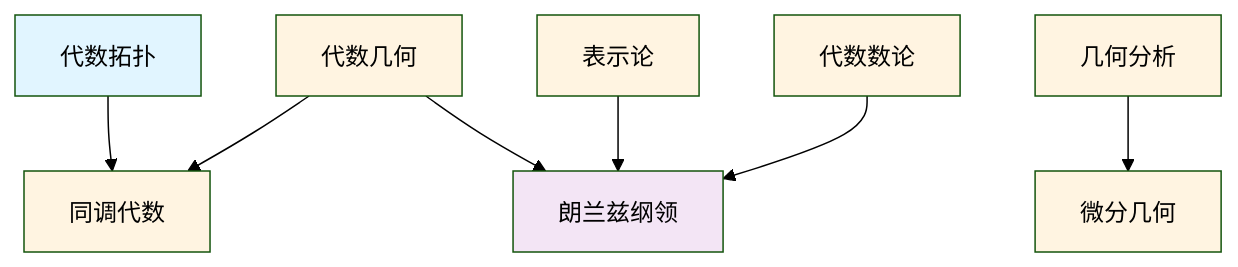
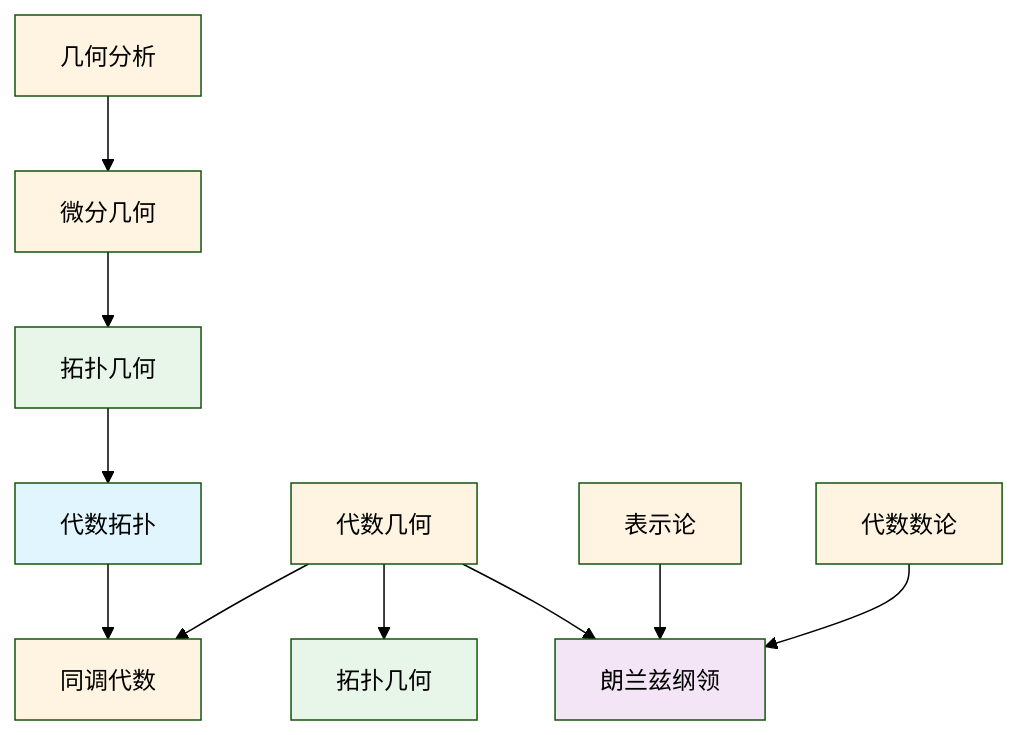
The diagram in concept/03-主题概念梳理/07-交叉领域概念.md (AdaMartin18010/FormalMath), drawn with Mermaid (forest theme) before and after one commit. The commit also changed other lines of this file and 44 other files, not shown here.

````diff
--- a/concept/03-主题概念梳理/07-交叉领域概念.md
+++ b/concept/03-主题概念梳理/07-交叉领域概念.md
@@ -154,18 +427,23 @@
 ```mermaid
 graph TD
     A[代数拓扑] --> B[同调代数]
     C[代数几何] --> B
     D[几何分析] --> E[微分几何]
-    F[表示论] --> G[朗兰兹纲领]
-    C --> G
-    H[代数数论] --> G
+    E --> F[拓扑几何]
+    F --> A
+    C --> G[拓扑几何]
+    H[表示论] --> I[朗兰兹纲领]
+    C --> I
+    J[代数数论] --> I
 
     style A fill:#e1f5ff
     style B fill:#fff4e1
     style C fill:#fff4e1
     style D fill:#fff4e1
     style E fill:#fff4e1
-    style F fill:#fff4e1
-    style G fill:#f3e5f5
+    style F fill:#e8f5e9
+    style G fill:#e8f5e9
     style H fill:#fff4e1
+    style I fill:#f3e5f5
+    style J fill:#fff4e1
 ```
````
